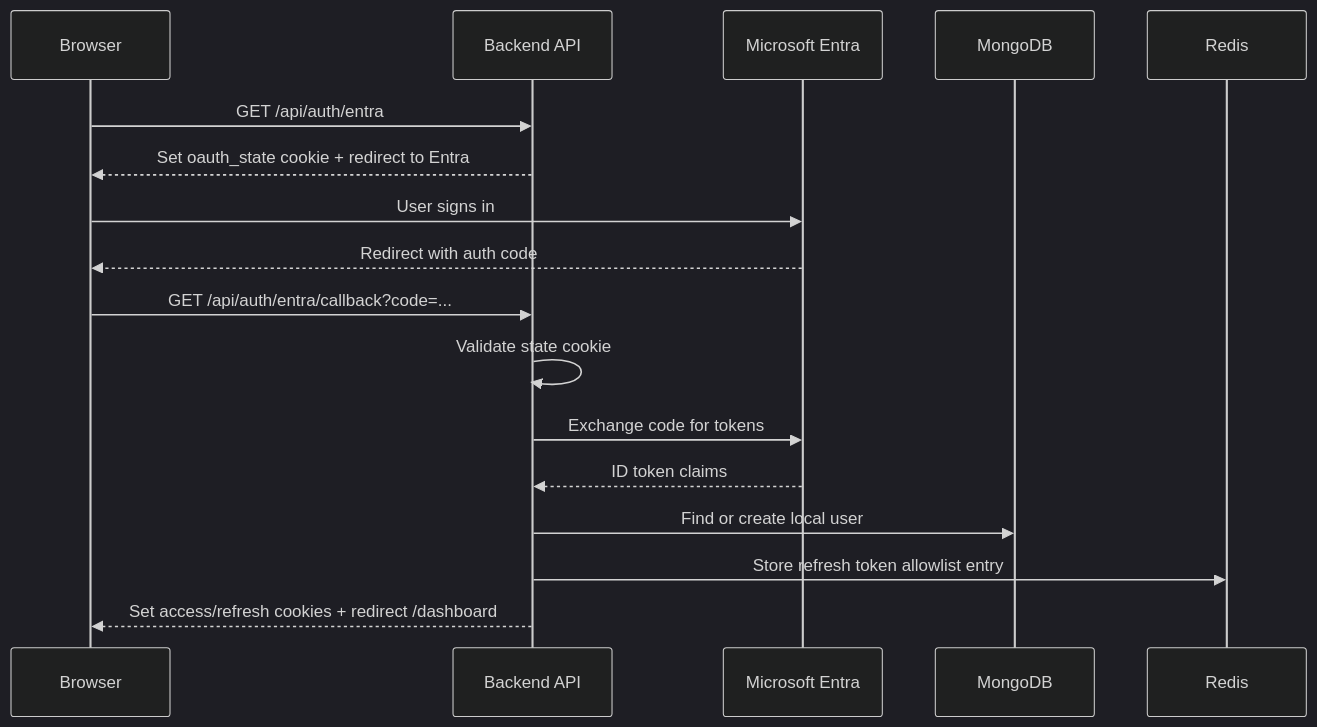
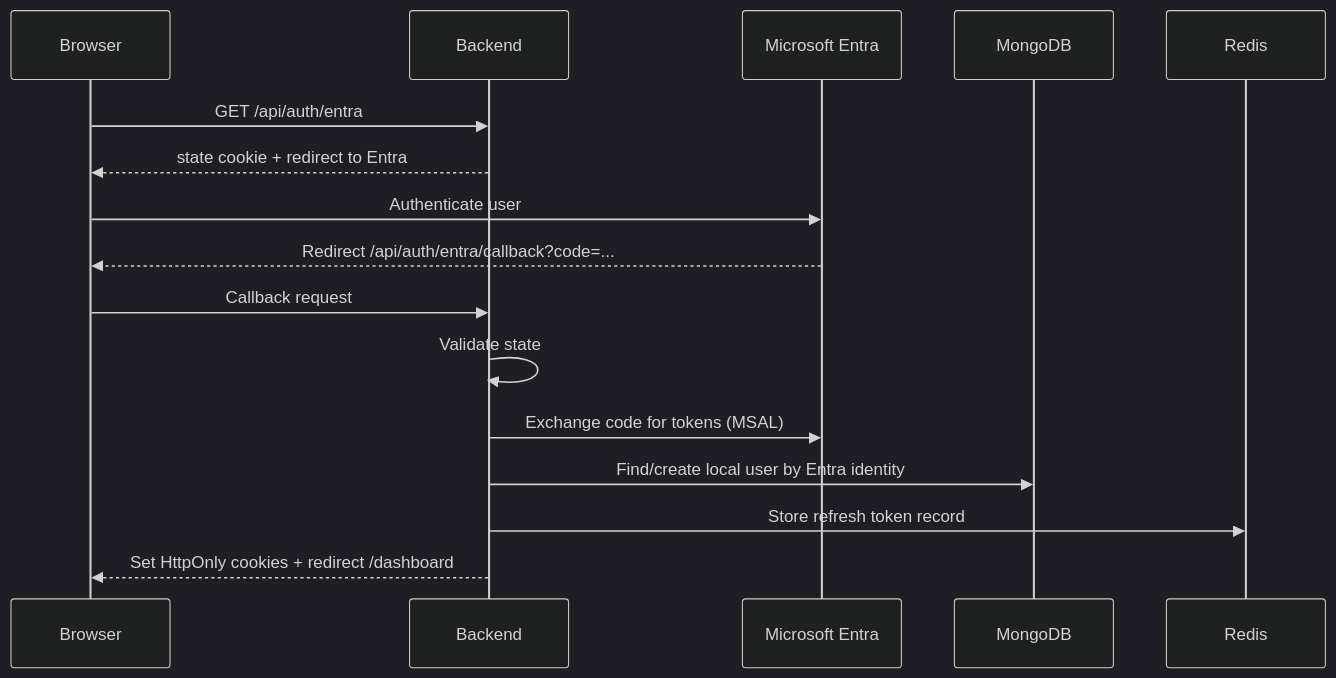
Before and after one commit to bhavinks84/entralogin-main: the second of 2 diagrams in AUTH_PROCESS_FLOW.md, drawn with Mermaid (dark theme). The commit also changed other lines of this file and 14 other files, not shown here.

````diff
--- a/AUTH_PROCESS_FLOW.md
+++ b/AUTH_PROCESS_FLOW.md
@@ -84,20 +42,19 @@
 ```mermaid
 sequenceDiagram
     participant Browser
-    participant API as Backend API
+    participant API as Backend
     participant Entra as Microsoft Entra
     participant DB as MongoDB
-    participant Redis as Redis
+    participant Redis
 
     Browser->>API: GET /api/auth/entra
-    API-->>Browser: Set oauth_state cookie + redirect to Entra
-    Browser->>Entra: User signs in
-    Entra-->>Browser: Redirect with auth code
-    Browser->>API: GET /api/auth/entra/callback?code=...
-    API->>API: Validate state cookie
-    API->>Entra: Exchange code for tokens
-    Entra-->>API: ID token claims
-    API->>DB: Find or create local user
-    API->>Redis: Store refresh token allowlist entry
-    API-->>Browser: Set access/refresh cookies + redirect /dashboard
+    API-->>Browser: state cookie + redirect to Entra
+    Browser->>Entra: Authenticate user
+    Entra-->>Browser: Redirect /api/auth/entra/callback?code=...
+    Browser->>API: Callback request
+    API->>API: Validate state
+    API->>Entra: Exchange code for tokens (MSAL)
+    API->>DB: Find/create local user by Entra identity
+    API->>Redis: Store refresh token record
+    API-->>Browser: Set HttpOnly cookies + redirect /dashboard
 ```
````
